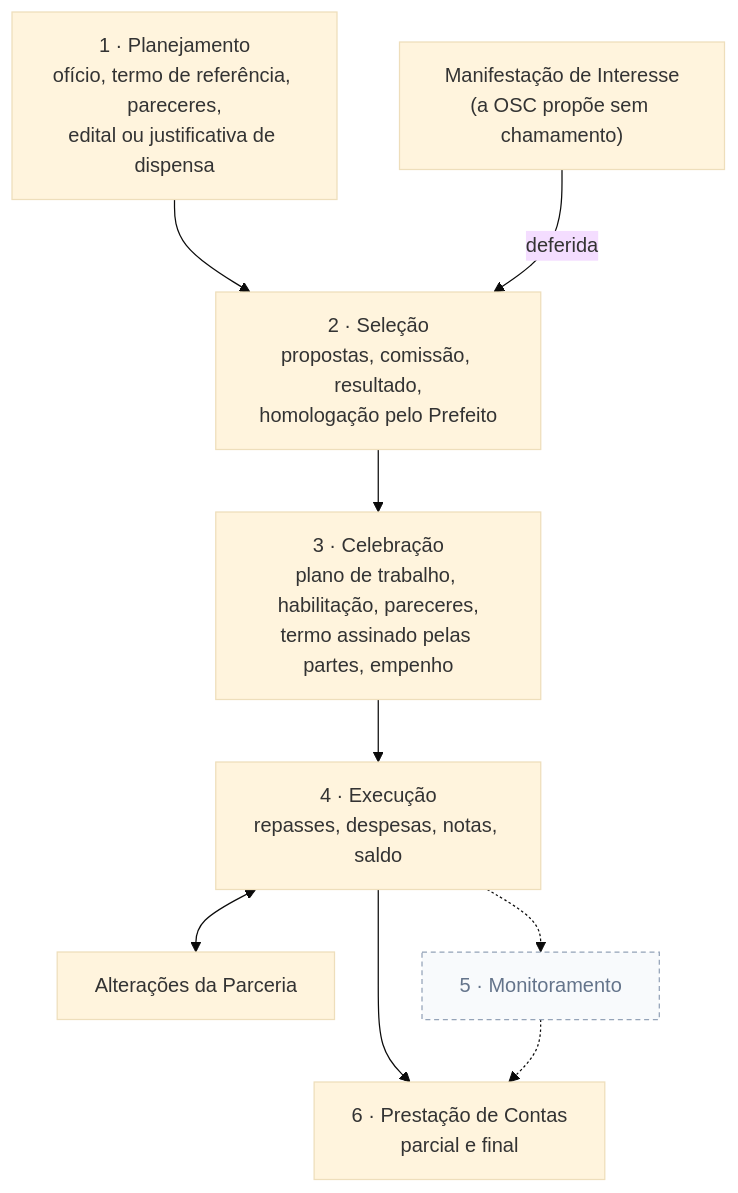
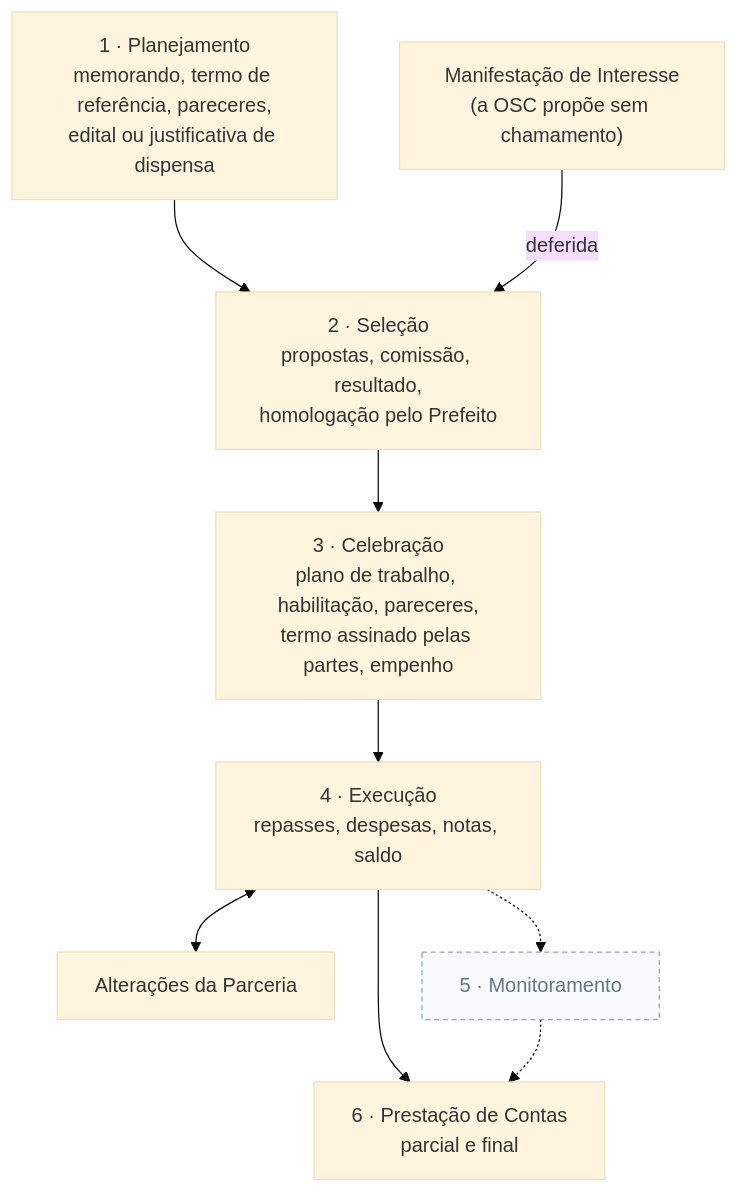
Before and after one commit to IsaacMRodrigues/gestaoParcerias: the first of 2 diagrams in README.md, drawn with Mermaid (base theme). The commit also changed other lines of this file and 12 other files, not shown here.

First line of the commit message:
"Ofício" passa a se chamar "Memorando" em todo o sistema

````diff
--- a/README.md
+++ b/README.md
@@ -150,15 +150,15 @@
 ```mermaid
 flowchart TD
-    PLAN["1 · Planejamento<br/>ofício, termo de referência, pareceres,<br/>edital ou justificativa de dispensa"] --> SEL
+    PLAN["1 · Planejamento<br/>memorando, termo de referência, pareceres,<br/>edital ou justificativa de dispensa"] --> SEL
     MI["Manifestação de Interesse<br/>(a OSC propõe sem chamamento)"] -->|deferida| SEL
     SEL["2 · Seleção<br/>propostas, comissão, resultado,<br/>homologação pelo Prefeito"] --> CEL
     CEL["3 · Celebração<br/>plano de trabalho, habilitação, pareceres,<br/>termo assinado pelas partes, empenho"] --> EXE
     EXE["4 · Execução<br/>repasses, despesas, notas, saldo"] --> PC
     EXE <--> ALT["Alterações da Parceria"]
     EXE -.-> MON["5 · Monitoramento"]
     MON -.-> PC
     PC["6 · Prestação de Contas<br/>parcial e final"]
 
     classDef futuro fill:#f8fafc,stroke:#94a3b8,stroke-dasharray:4 3,color:#64748b;
     class MON futuro
 ```
````
